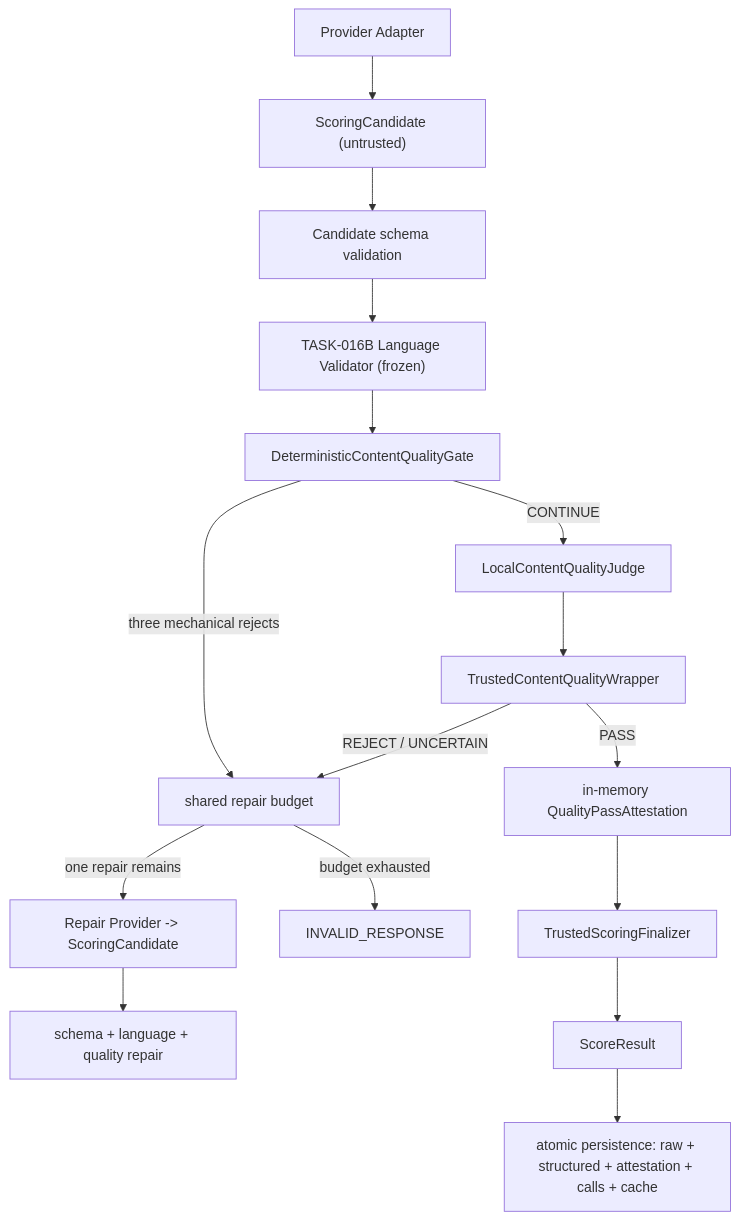
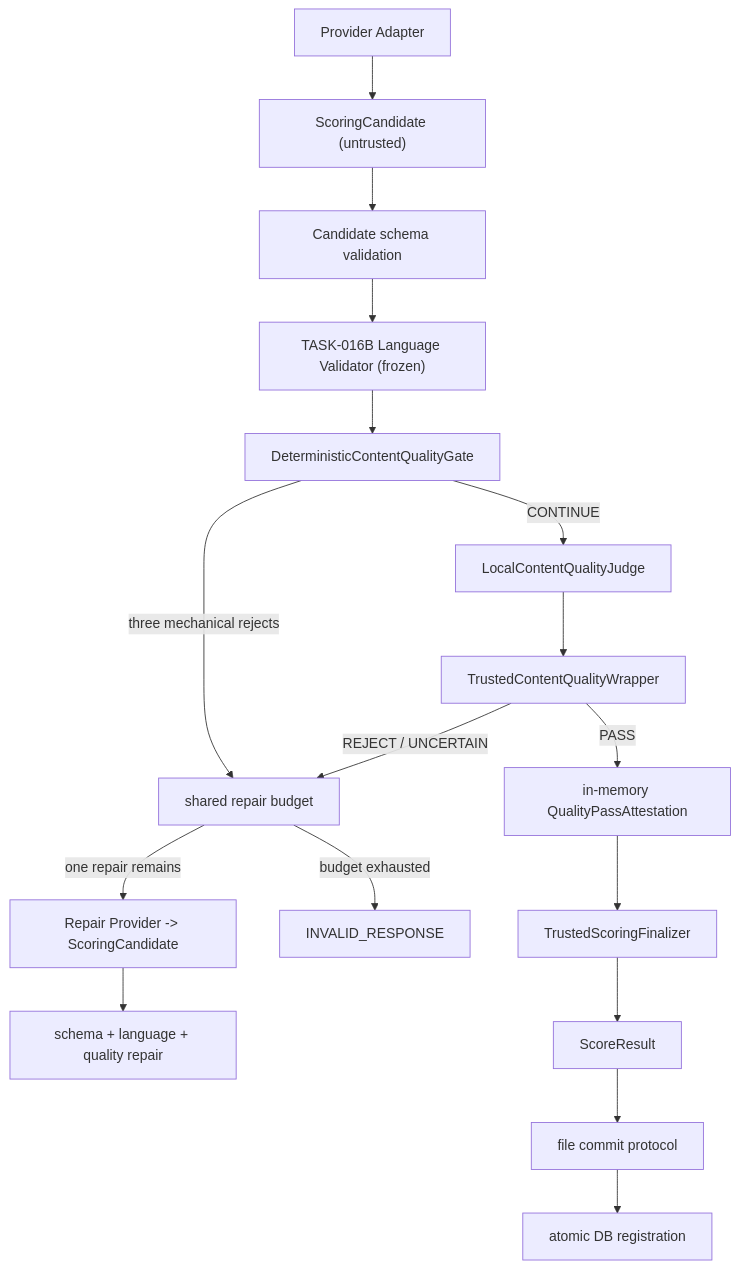
The diagram in docs/TASK-016C-CONTENT-QUALITY-INTERFACE-DESIGN.md (huangbuqubunao-alt/intelligence), drawn with Mermaid before and after one commit. The commit also changed other lines of this file and 2 other files, not shown here.

Commit message:
docs: close task 016c persistence design gaps

````diff
--- a/docs/TASK-016C-CONTENT-QUALITY-INTERFACE-DESIGN.md
+++ b/docs/TASK-016C-CONTENT-QUALITY-INTERFACE-DESIGN.md
@@ -25,18 +25,19 @@
 ```mermaid
 flowchart TD
     A["Provider Adapter"] --> B["ScoringCandidate (untrusted)"]
     B --> C["Candidate schema validation"]
     C --> D["TASK-016B Language Validator (frozen)"]
     D --> E["DeterministicContentQualityGate"]
     E -->|"three mechanical rejects"| R["shared repair budget"]
     E -->|"CONTINUE"| J["LocalContentQualityJudge"]
     J --> W["TrustedContentQualityWrapper"]
     W -->|"REJECT / UNCERTAIN"| R
     W -->|"PASS"| T["in-memory QualityPassAttestation"]
     R -->|"one repair remains"| B2["Repair Provider -> ScoringCandidate"]
     B2 --> C2["schema + language + quality repair"]
     R -->|"budget exhausted"| X["INVALID_RESPONSE"]
     T --> F["TrustedScoringFinalizer"]
     F --> S["ScoreResult"]
-    S --> P["atomic persistence: raw + structured + attestation + calls + cache"]
+    S --> P["file commit protocol"]
+    P --> Q["atomic DB registration"]
 ```
````
